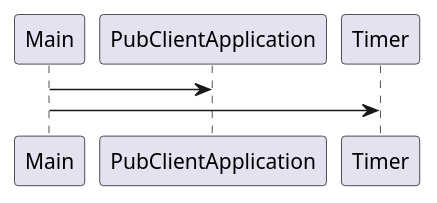
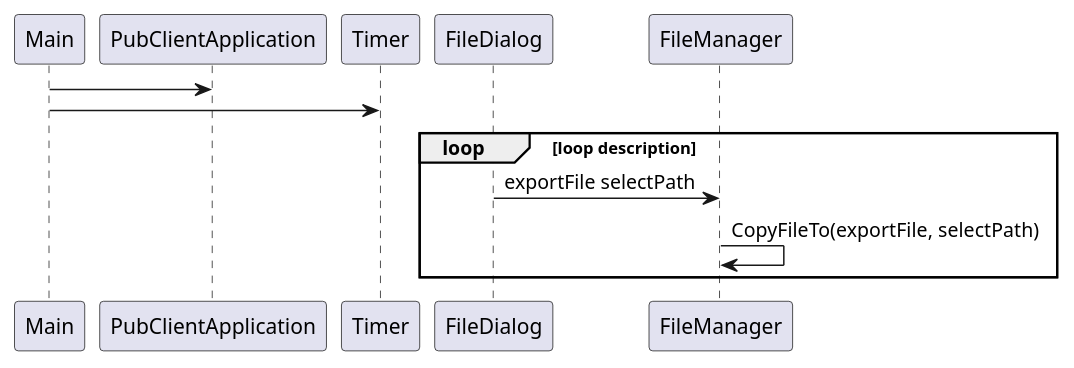
Before and after one commit to QQstone/qqsnote: the fifth of 8 diagrams in source/_posts/MarkdownUML.md, drawn with PlantUML. The commit also changed other lines of this file and 24 other files, not shown here.

````diff
--- a/source/_posts/MarkdownUML.md
+++ b/source/_posts/MarkdownUML.md
@@ -56,4 +100,8 @@
 ```plantuml
 Main -> PubClientApplication
 Main -> Timer
+Loop loop description
+    FileDialog -> FileManager: exportFile selectPath
+    FileManager -> FileManager: CopyFileTo(exportFile, selectPath)
+end
 ```
````
